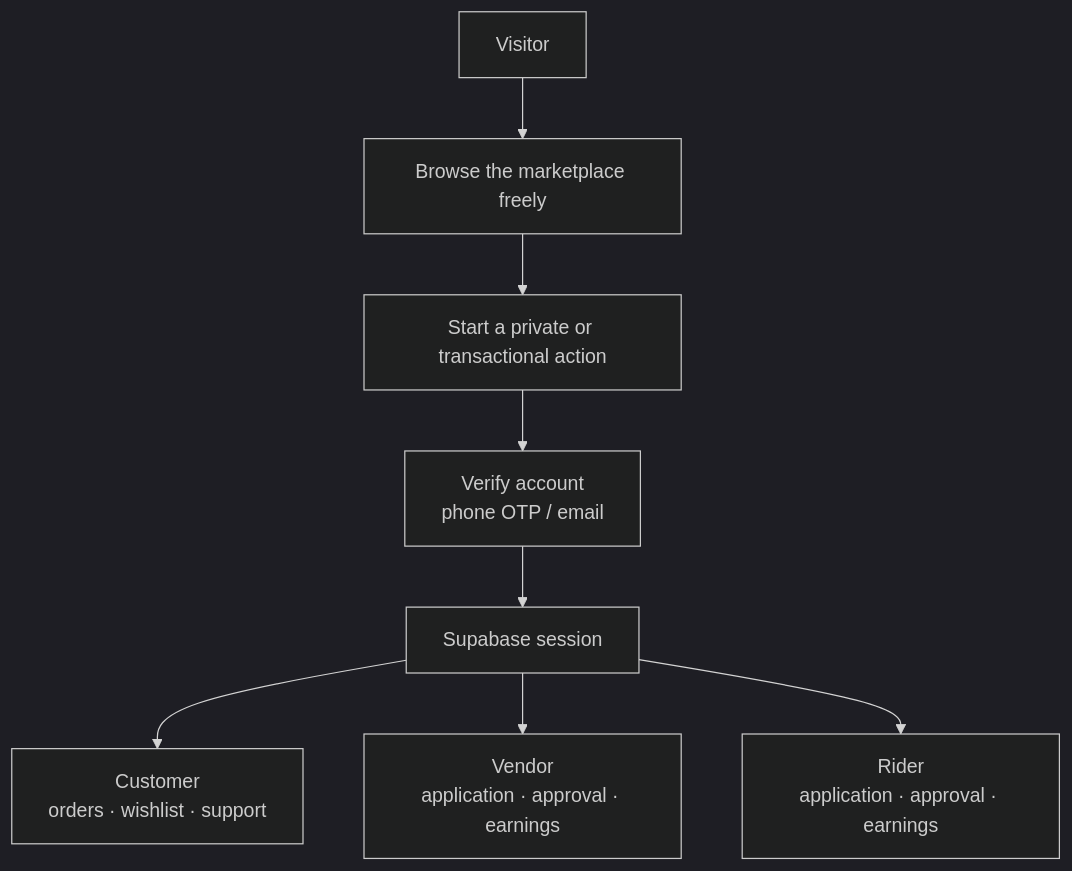
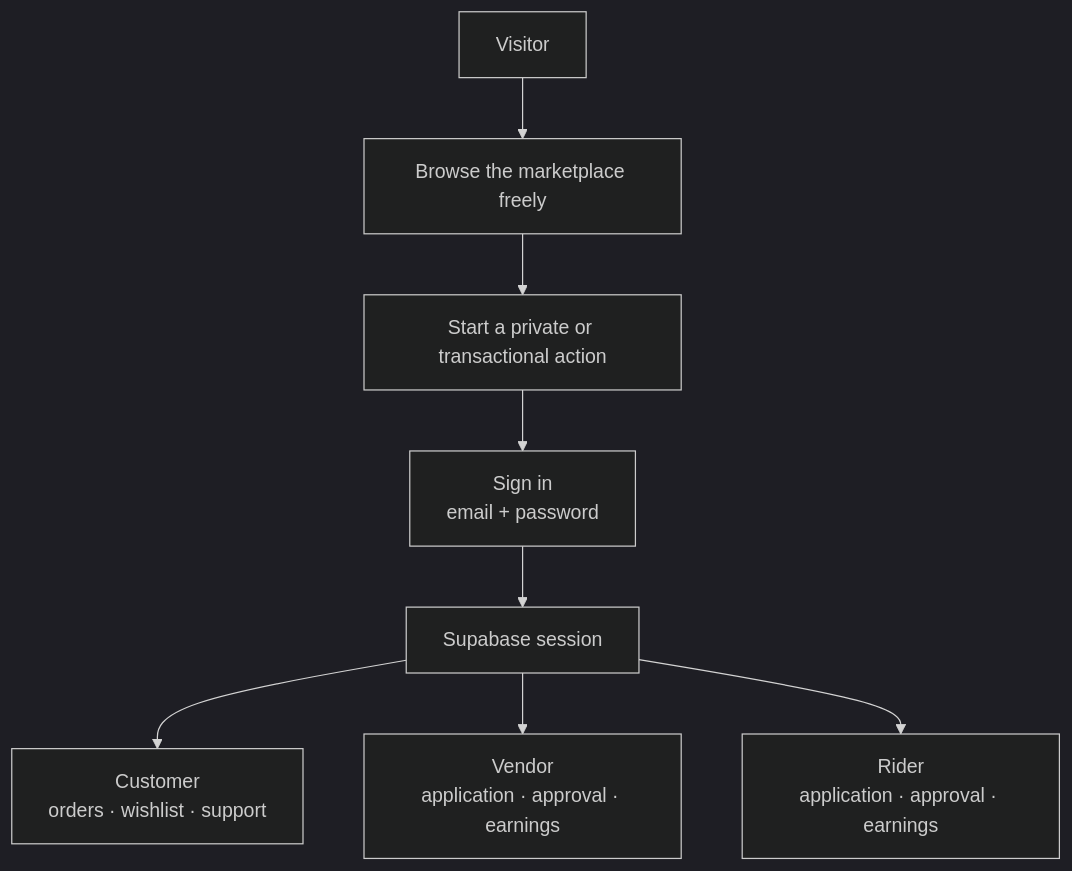
The first of 4 diagrams in docs/ARCHITECTURE.md (SpeakPower-commits/tonninyira), drawn with Mermaid (dark theme) before and after one commit. The commit also changed other lines of this file and 17 other files, not shown here.

````diff
--- a/docs/ARCHITECTURE.md
+++ b/docs/ARCHITECTURE.md
@@ -68,10 +68,10 @@
 ```mermaid
 flowchart TB
   V["Visitor"] --> B["Browse the marketplace freely"]
   B --> T["Start a private or transactional action"]
-  T --> A["Verify account<br/>phone OTP / email"]
+  T --> A["Sign in<br/>email + password"]
   A --> S["Supabase session"]
   S --> C["Customer<br/>orders · wishlist · support"]
   S --> VE["Vendor<br/>application · approval · earnings"]
   S --> R["Rider<br/>application · approval · earnings"]
 ```
````
